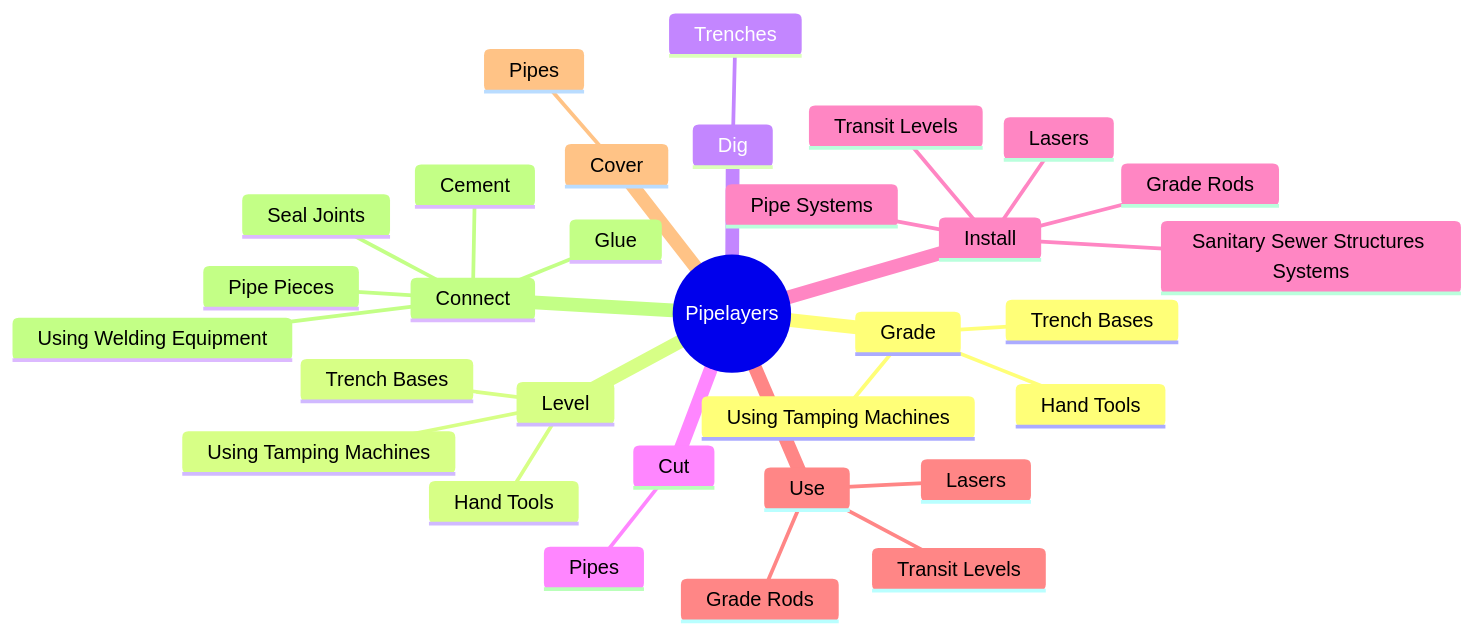
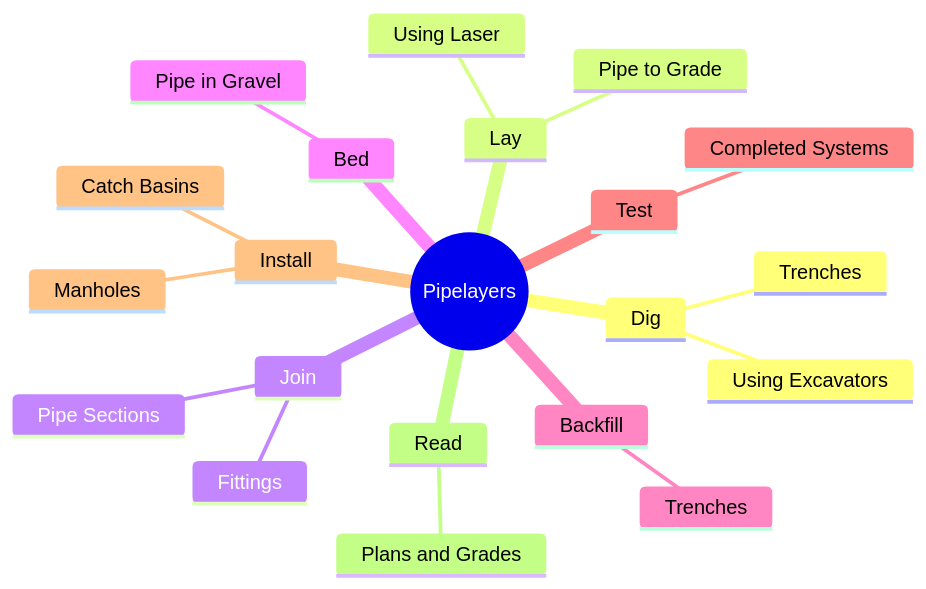
One commit to kziemski/business.org.ai changed the second of 4 diagrams in occupations/Construction/Pipelayers.mdx. Above: the diagram before and after it, drawn with Mermaid. The commit also changed other lines of this file and 938 other files, not shown here.

````diff
--- a/occupations/Construction/Pipelayers.mdx
+++ b/occupations/Construction/Pipelayers.mdx
@@ -37,34 +48,24 @@
 ```mermaid
 mindmap
     root(("Pipelayers"))
-        Grade
-            Trench Bases
-            Using Tamping Machines
-            Hand Tools
-        Level
-            Trench Bases
-            Using Tamping Machines
-            Hand Tools
         Dig
             Trenches
-        Cut
-            Pipes
+            Using Excavators
+        Lay
+            Pipe to Grade
+            Using Laser
+        Join
+            Pipe Sections
+            Fittings
+        Bed
+            Pipe in Gravel
+        Backfill
+            Trenches
+        Test
+            Completed Systems
         Install
-            Lasers
-            Grade Rods
-            Transit Levels
-            Sanitary Sewer Structures Systems
-            Pipe Systems
-        Use
-            Lasers
-            Grade Rods
-            Transit Levels
-        Cover
-            Pipes
-        Connect
-            Pipe Pieces
-            Seal Joints
-            Using Welding Equipment
-            Cement
-            Glue
+            Manholes
+            Catch Basins
+        Read
+            Plans and Grades
 ```
````
